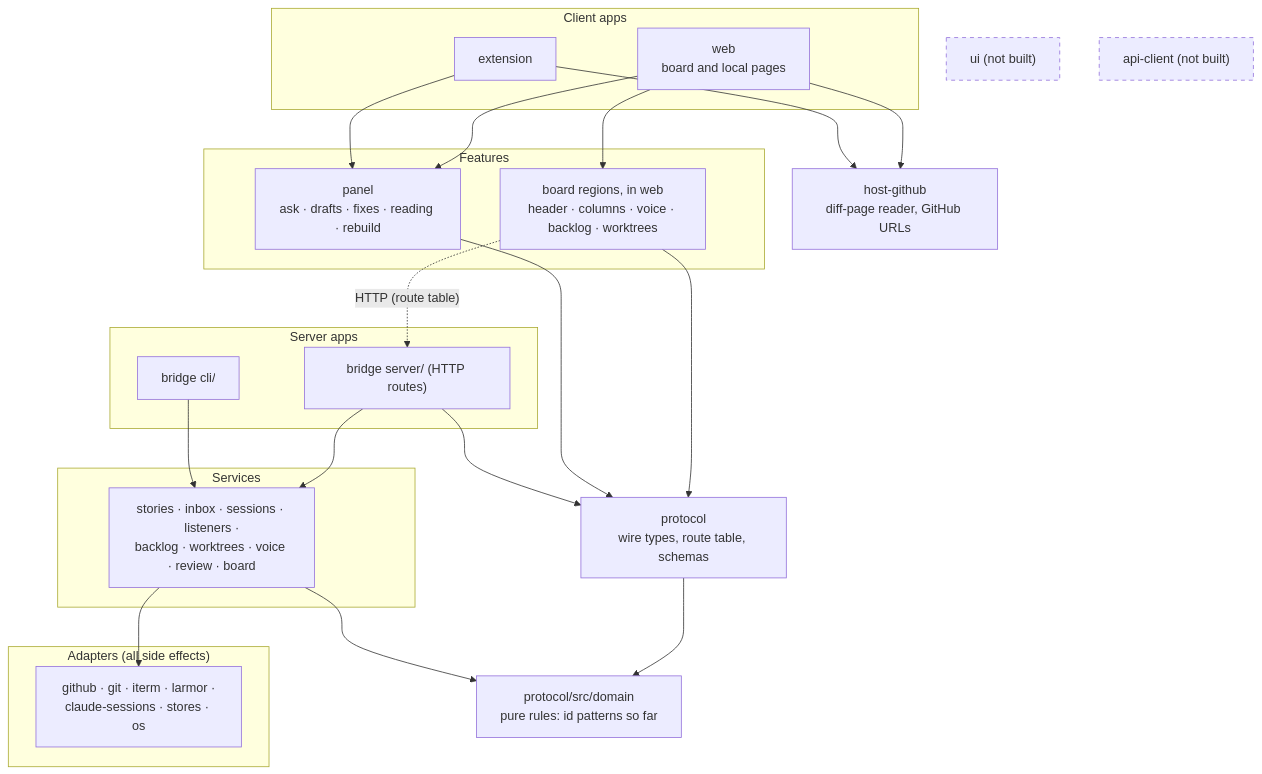
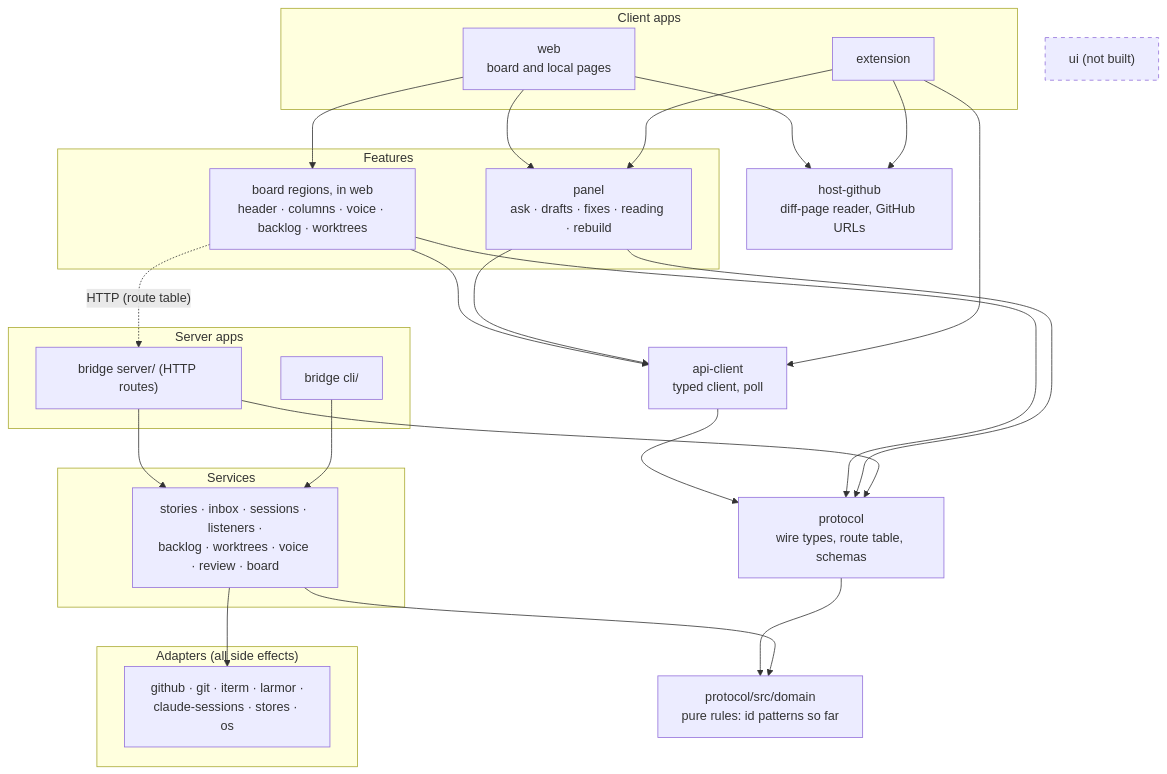
Before and after one commit to shank-eric/once-upon-a-diff: the diagram in docs/adr/adr-15-layered-packages-and-protocol.md, drawn with Mermaid. The commit also changed other lines of this file and 41 other files, not shown here.

First line of the commit message:
Package: api-client (typed client and poll hooks)

````diff
--- a/docs/adr/adr-15-layered-packages-and-protocol.md
+++ b/docs/adr/adr-15-layered-packages-and-protocol.md
@@ -24,44 +24,48 @@
 ```mermaid
 flowchart TB
   subgraph clientApps["Client apps"]
     web["web<br/>board and local pages"]
     ext["extension"]
   end
   subgraph features["Features"]
     boardview["board regions, in web<br/>header · columns · voice · backlog · worktrees"]
     panel["panel<br/>ask · drafts · fixes · reading · rebuild"]
   end
   host["host-github<br/>diff-page reader, GitHub URLs"]
   ui["ui (not built)"]
-  api["api-client (not built)"]
+  api["api-client<br/>typed client, poll"]
   protocol["protocol<br/>wire types, route table, schemas"]
   domain["protocol/src/domain<br/>pure rules: id patterns so far"]
   subgraph serverApps["Server apps"]
     http["bridge server/ (HTTP routes)"]
     cli["bridge cli/"]
   end
   subgraph services["Services"]
     svc["stories · inbox · sessions · listeners ·<br/>backlog · worktrees · voice · review · board"]
   end
   subgraph adapters["Adapters (all side effects)"]
     ad["github · git · iterm · larmor ·<br/>claude-sessions · stores · os"]
   end
 
   web --> boardview
   web --> panel
   web --> host
   ext --> panel
   ext --> host
+  boardview --> api
+  panel --> api
+  ext --> api
+  api --> protocol
   boardview --> protocol
   panel --> protocol
   protocol --> domain
   http --> protocol
   http --> svc
   cli --> svc
   svc --> domain
   svc --> ad
   boardview -. "HTTP (route table)" .-> http
 
   classDef future stroke-dasharray: 5 5
-  class ui,api future
+  class ui future
 ```
````
